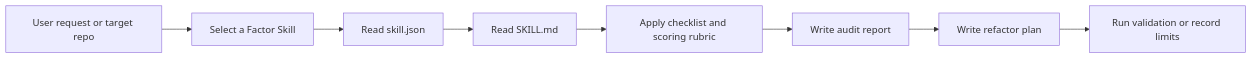
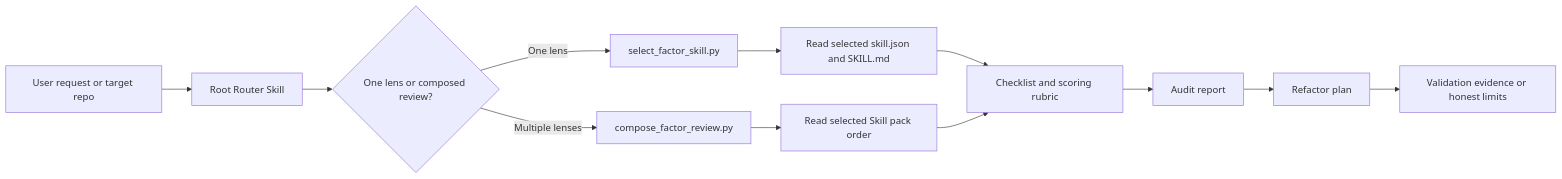
Before and after one commit to Just-Agent/just-product-factor: the diagram in README.md, drawn with Mermaid. The commit also changed other lines of this file and 2 other files, not shown here.

Commit message:
Upgrade README router presentation

````diff
--- a/README.md
+++ b/README.md
@@ -95,10 +117,14 @@
 ```mermaid
 flowchart LR
-  A["User request or target repo"] --> B["Select a Factor Skill"]
-  B --> C["Read skill.json"]
-  C --> D["Read SKILL.md"]
-  D --> E["Apply checklist and scoring rubric"]
-  E --> F["Write audit report"]
-  F --> G["Write refactor plan"]
-  G --> H["Run validation or record limits"]
+  A["User request or target repo"] --> B["Root Router Skill"]
+  B --> C{"One lens or composed review?"}
+  C -->|One lens| D["select_factor_skill.py"]
+  C -->|Multiple lenses| E["compose_factor_review.py"]
+  D --> F["Read selected skill.json and SKILL.md"]
+  E --> G["Read selected Skill pack order"]
+  F --> H["Checklist and scoring rubric"]
+  G --> H
+  H --> I["Audit report"]
+  I --> J["Refactor plan"]
+  J --> K["Validation evidence or honest limits"]
 ```
````
